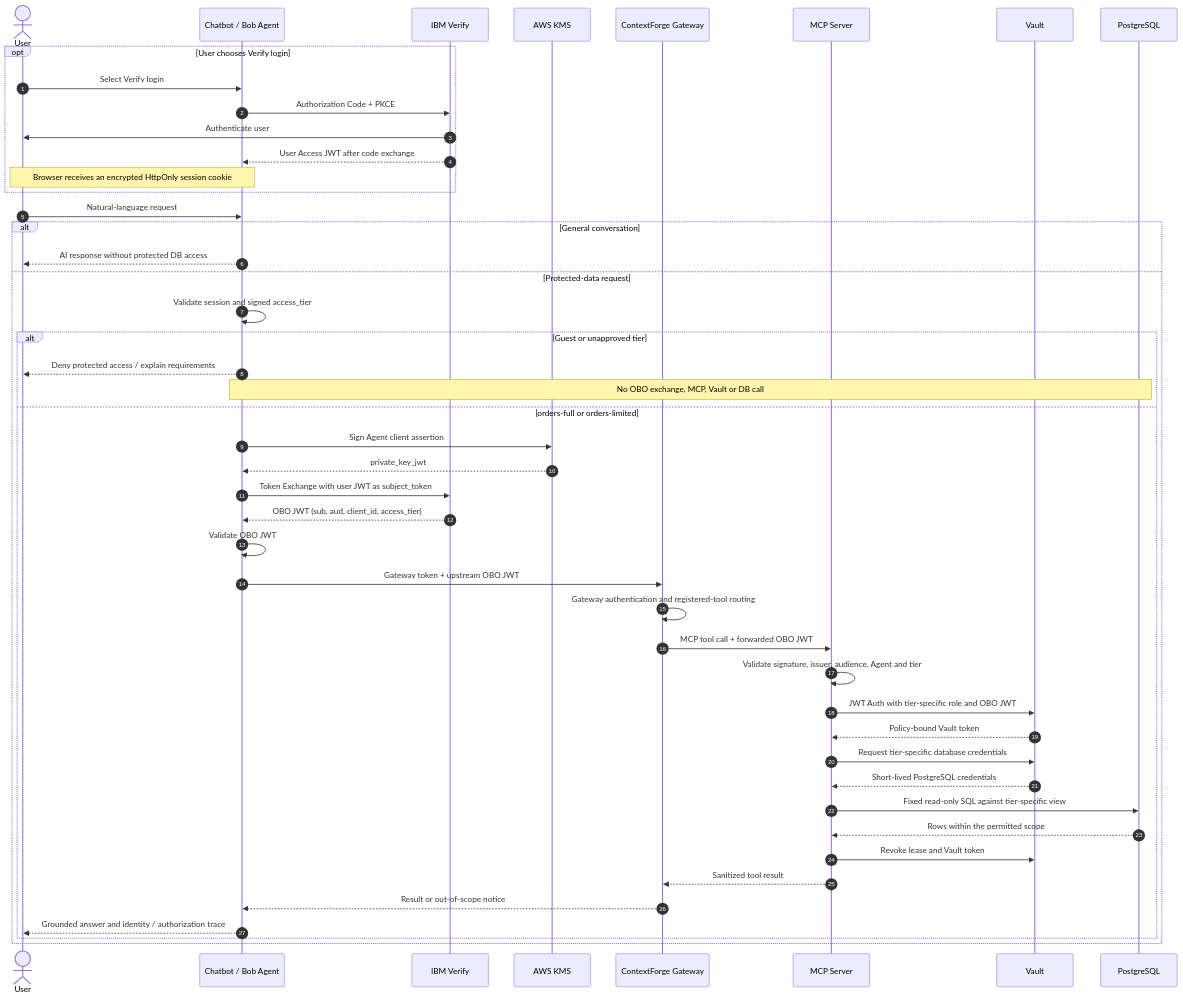
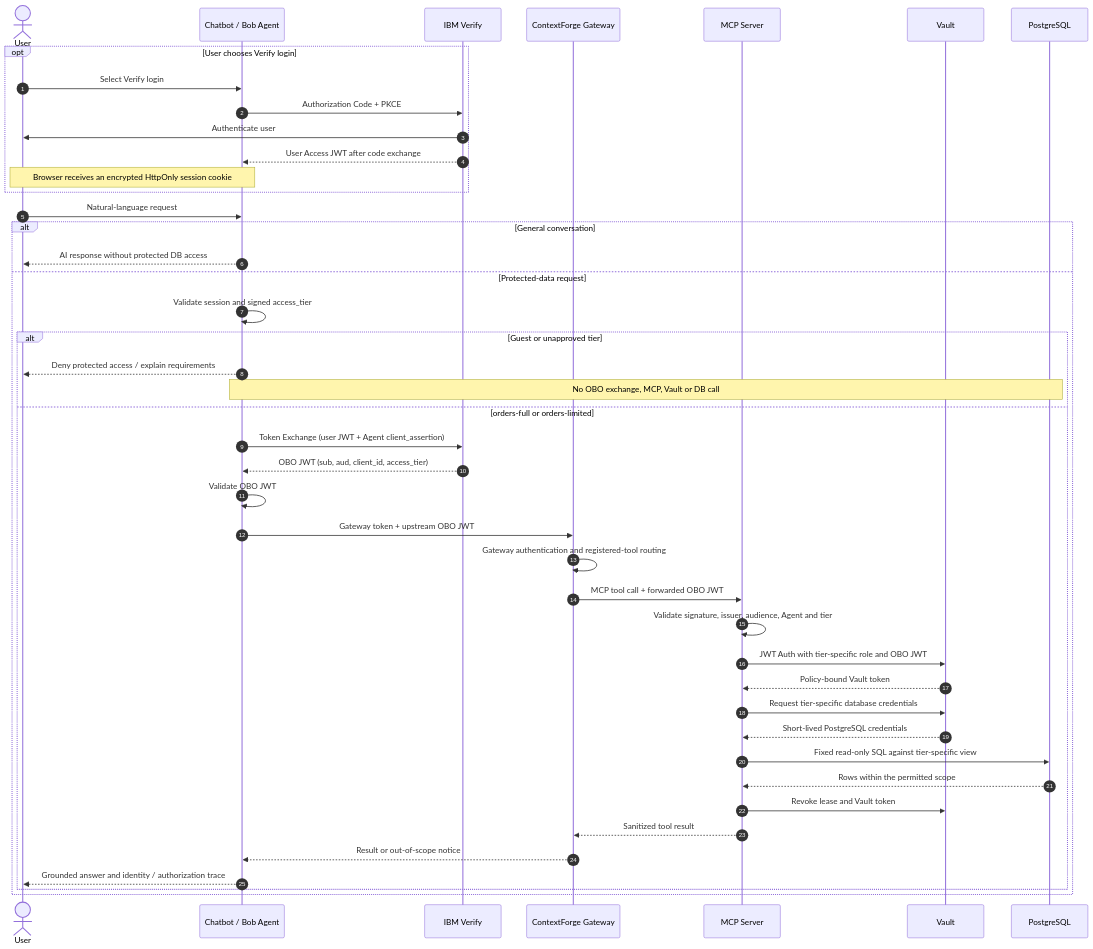
One commit to Byeongwook-Heo/vault-agentic-ai-demo changed the diagram in README.en.md. Above: the diagram before and after it, drawn with Mermaid. The commit also changed 1 other file, not shown here.

Commit message:
문서: 한영 시퀀스 다이어그램에서 KMS 보조 단계 제외

````diff
--- a/README.en.md
+++ b/README.en.md
@@ -40,49 +40,46 @@
 ```mermaid
 sequenceDiagram
     autonumber
     actor U as User
     participant B as Chatbot / Bob Agent
     participant V as IBM Verify
-    participant K as AWS KMS
     participant G as ContextForge Gateway
     participant M as MCP Server
     participant H as Vault
     participant D as PostgreSQL
     opt User chooses Verify login
     U->>B: Select Verify login
     B->>V: Authorization Code + PKCE
     V->>U: Authenticate user
     V-->>B: User Access JWT after code exchange
     Note over U,B: Browser receives an encrypted HttpOnly session cookie
     end
     U->>B: Natural-language request
     alt General conversation
         B-->>U: AI response without protected DB access
     else Protected-data request
         B->>B: Validate session and signed access_tier
         alt Guest or unapproved tier
             B-->>U: Deny protected access / explain requirements
             Note over B,D: No OBO exchange, MCP, Vault or DB call
         else orders-full or orders-limited
-            B->>K: Sign Agent client assertion
-            K-->>B: private_key_jwt
-            B->>V: Token Exchange with user JWT as subject_token
+            B->>V: Token Exchange (user JWT + Agent client_assertion)
             V-->>B: OBO JWT (sub, aud, client_id, access_tier)
             B->>B: Validate OBO JWT
             B->>G: Gateway token + upstream OBO JWT
             G->>G: Gateway authentication and registered-tool routing
             G->>M: MCP tool call + forwarded OBO JWT
             M->>M: Validate signature, issuer, audience, Agent and tier
             M->>H: JWT Auth with tier-specific role and OBO JWT
             H-->>M: Policy-bound Vault token
             M->>H: Request tier-specific database credentials
             H-->>M: Short-lived PostgreSQL credentials
             M->>D: Fixed read-only SQL against tier-specific view
             D-->>M: Rows within the permitted scope
             M->>H: Revoke lease and Vault token
             M-->>G: Sanitized tool result
             G-->>B: Result or out-of-scope notice
             B-->>U: Grounded answer and identity / authorization trace
         end
     end
 ```
````
